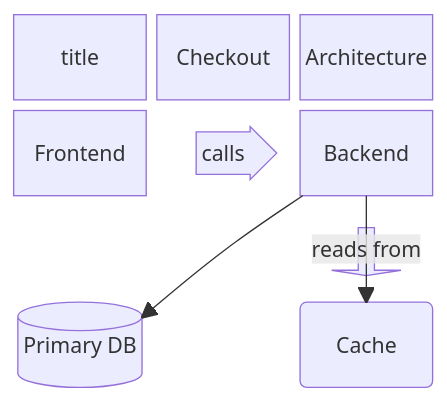
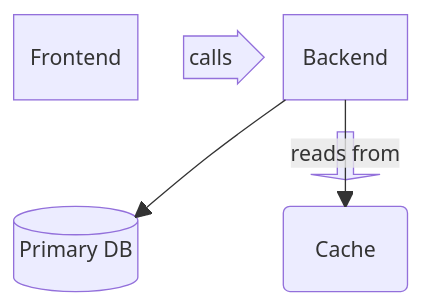
Before and after one commit to nao1215/markdown: the eighth of 16 diagrams in README.md, drawn with Mermaid. The commit also changed other lines of this file and 7 other files, not shown here.

Commit message:
fix(block): put the block diagram title in the front matter

````diff
--- a/README.md
+++ b/README.md
@@ -907,10 +909,12 @@
 ```mermaid
+---
+title: Checkout Architecture
+---
 block
-    title Checkout Architecture
     columns 3
     Frontend toBackend<["calls"]>(right) Backend
     space:2 toDB<["&nbsp;"]>(down)
     Database[("Primary DB")] space Cache("Cache")
     Backend --> Database
     Backend -- "reads from" --> Cache
 ```
````
